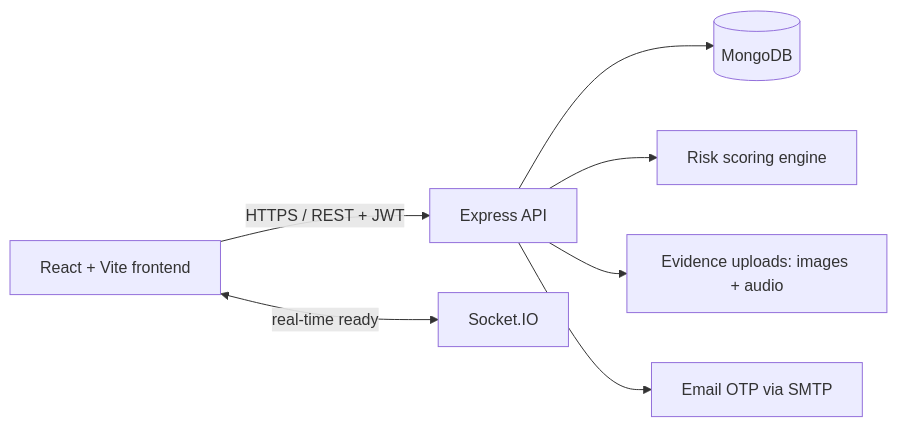
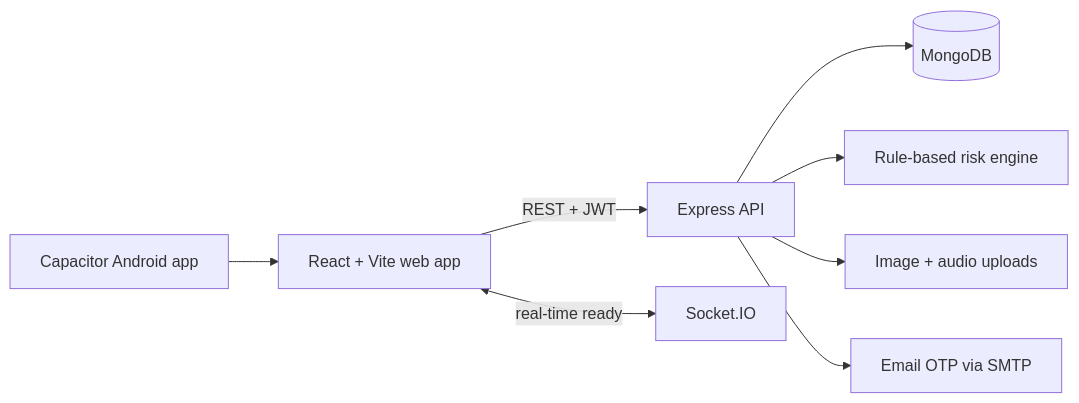
The diagram in README.md (Mr-Ahad-Khan/MineSight), drawn with Mermaid before and after one commit. The commit also changed other lines of this file and 1 other file, not shown here.

Commit message:
readme and app update

````diff
--- a/README.md
+++ b/README.md
@@ -75,9 +53,10 @@
 ```mermaid
 flowchart LR
-  F[React + Vite frontend] -->|HTTPS / REST + JWT| A[Express API]
-  F <-->|real-time ready| S[Socket.IO]
-  A --> M[(MongoDB)]
-  A --> R[Risk scoring engine]
-  A --> U[Evidence uploads: images + audio]
-  A --> N[Email OTP via SMTP]
+  Web[React + Vite web app] -->|REST + JWT| API[Express API]
+  Mobile[Capacitor Android app] --> Web
+  Web <-->|real-time ready| Socket[Socket.IO]
+  API --> Mongo[(MongoDB)]
+  API --> Risk[Rule-based risk engine]
+  API --> Uploads[Image + audio uploads]
+  API --> Email[Email OTP via SMTP]
 ```
````
